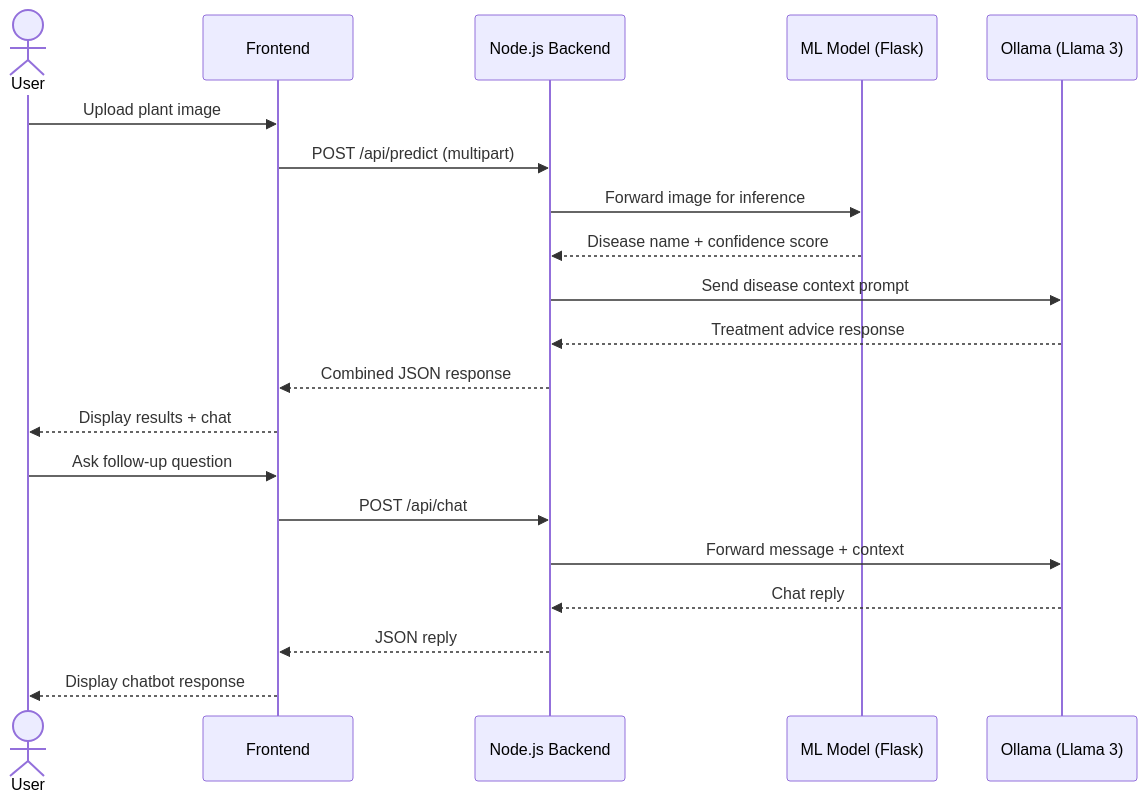
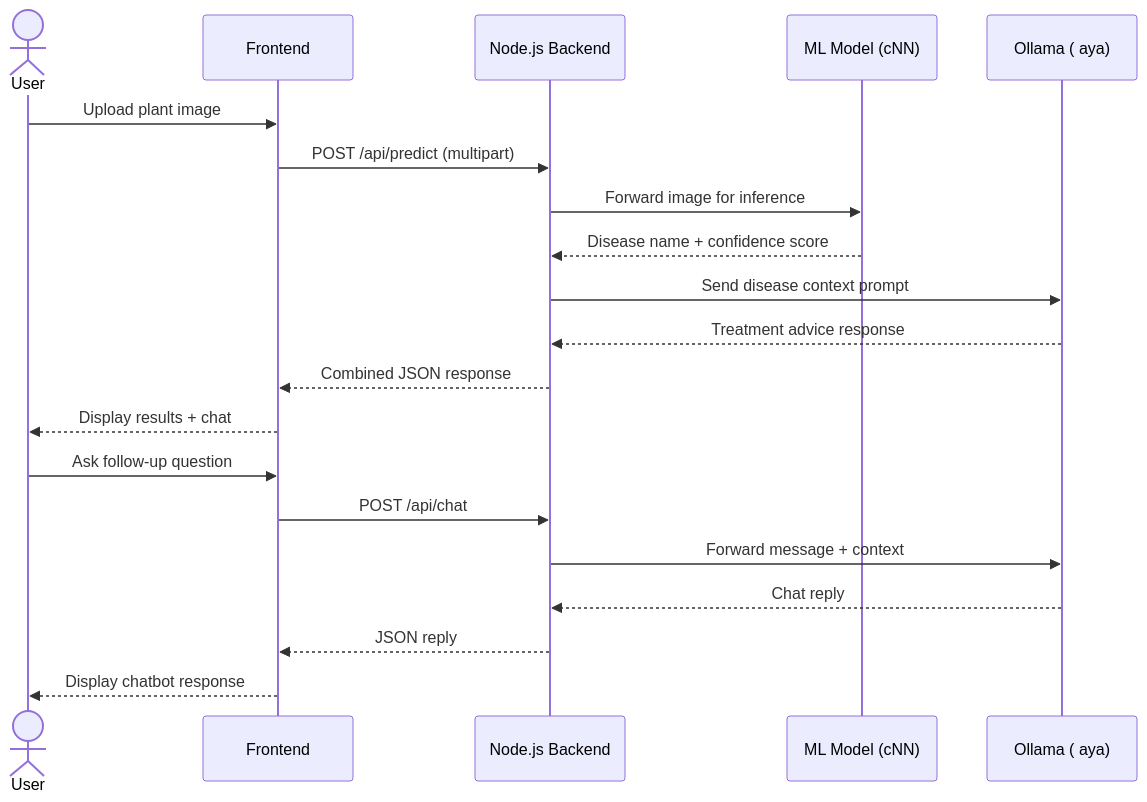
The fourth of 6 diagrams in README.md (youssef-mahdy-dev/Flora), drawn with Mermaid before and after one commit. The commit also changed other lines of this file, not shown here.

````diff
--- a/README.md
+++ b/README.md
@@ -140,23 +140,23 @@
 ```mermaid
 sequenceDiagram
     actor User
     participant FE as Frontend
     participant BE as Node.js Backend
-    participant ML as ML Model (Flask)
-    participant OL as Ollama (Llama 3)
+    participant ML as ML Model (cNN)
+    participant OL as Ollama ( aya)
 
     User->>FE: Upload plant image
     FE->>BE: POST /api/predict (multipart)
     BE->>ML: Forward image for inference
     ML-->>BE: Disease name + confidence score
     BE->>OL: Send disease context prompt
     OL-->>BE: Treatment advice response
     BE-->>FE: Combined JSON response
     FE-->>User: Display results + chat
     User->>FE: Ask follow-up question
     FE->>BE: POST /api/chat
     BE->>OL: Forward message + context
     OL-->>BE: Chat reply
     BE-->>FE: JSON reply
     FE-->>User: Display chatbot response
 ```
````
